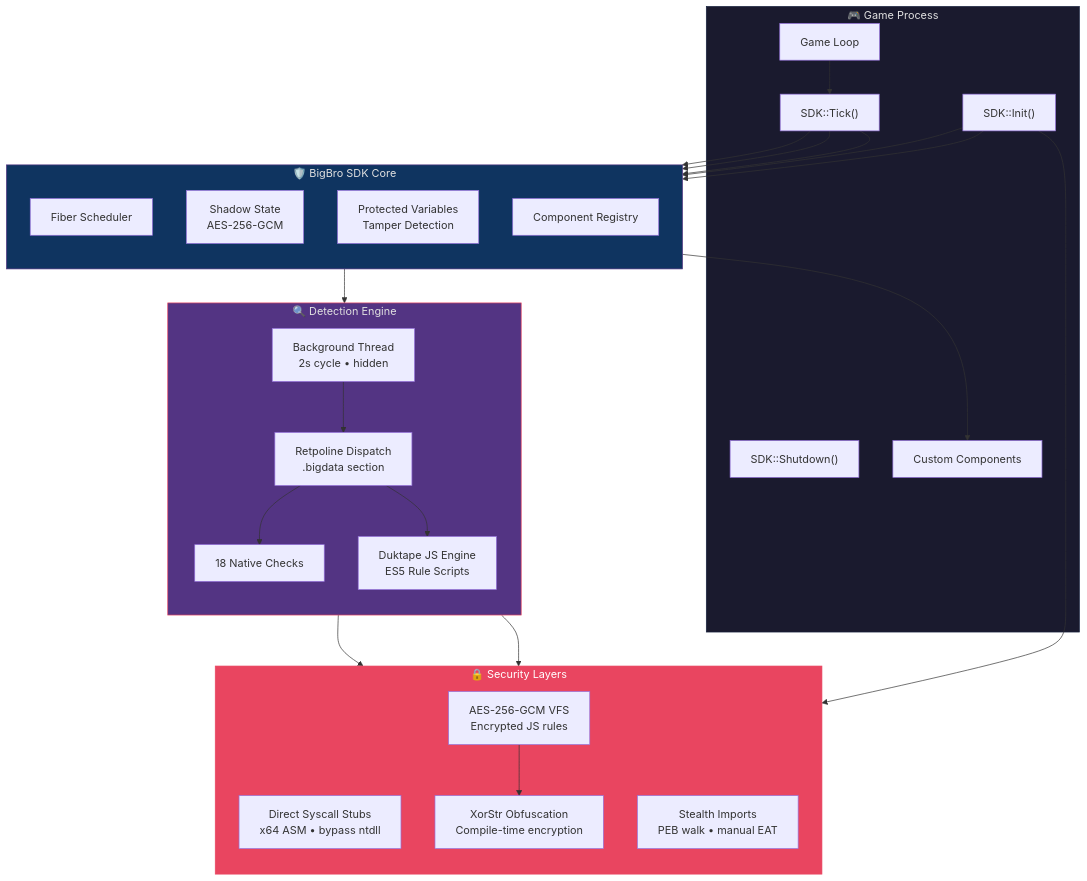
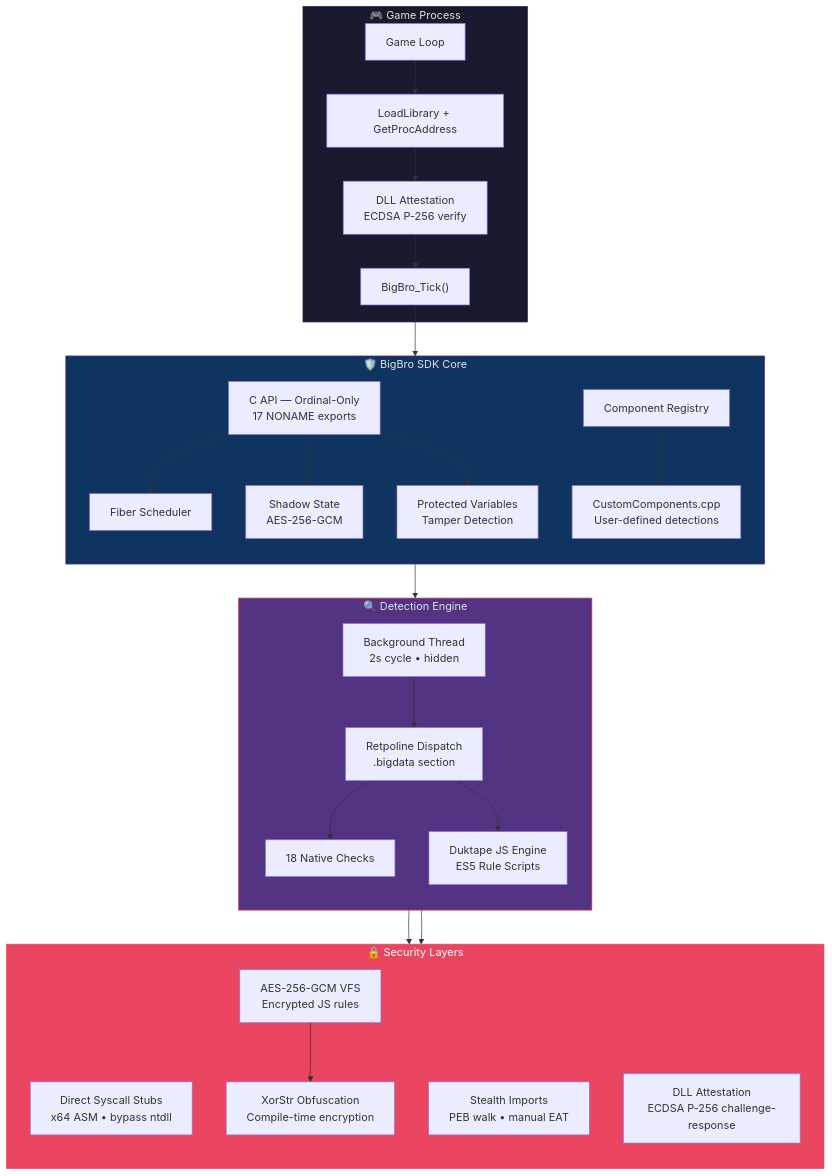
One commit to illegal-instruction-co/adheslime.dll changed the first of 4 diagrams in README.md. Above: the diagram before and after it, drawn with Mermaid. The commit also changed other lines of this file and 16 other files, not shown here.

````diff
--- a/README.md
+++ b/README.md
@@ -12,55 +12,56 @@
 ```mermaid
 graph TB
     subgraph HOST["🎮 Game Process"]
         GAME["Game Loop"]
-        TICK["SDK::Tick()"]
-        INIT["SDK::Init()"]
-        SHUT["SDK::Shutdown()"]
-        COMP["Custom Components"]
+        LOAD["LoadLibrary + GetProcAddress"]
+        ATTEST["DLL Attestation<br/>ECDSA P-256 verify"]
+        TICK["BigBro_Tick()"]
     end
 
     subgraph SDK["🛡️ BigBro SDK Core"]
         direction TB
+        CAPI["C API — Ordinal-Only<br/>17 NONAME exports"]
         FIBER["Fiber Scheduler"]
         SHADOW["Shadow State<br/>AES-256-GCM"]
         PROTECTED["Protected Variables<br/>Tamper Detection"]
         REGISTRY["Component Registry"]
+        CUSTOM["CustomComponents.cpp<br/>User-defined detections"]
     end
 
     subgraph DETECT["🔍 Detection Engine"]
         direction TB
         DISPATCH["Retpoline Dispatch<br/>.bigdata section"]
         NATIVE["18 Native Checks"]
         JS["Duktape JS Engine<br/>ES5 Rule Scripts"]
         BG["Background Thread<br/>2s cycle • hidden"]
     end
 
     subgraph SECURITY["🔒 Security Layers"]
         direction TB
         SYSCALL["Direct Syscall Stubs<br/>x64 ASM • bypass ntdll"]
         VFS["AES-256-GCM VFS<br/>Encrypted JS rules"]
         XORSTR["XorStr Obfuscation<br/>Compile-time encryption"]
         STEALTH["Stealth Imports<br/>PEB walk • manual EAT"]
+        ECDSA["DLL Attestation<br/>ECDSA P-256 challenge-response"]
     end
 
-    GAME --> TICK
-    TICK --> FIBER
+    GAME --> LOAD
+    LOAD --> ATTEST
+    ATTEST --> TICK
+    TICK --> CAPI --> FIBER
     FIBER --> DISPATCH
     DISPATCH --> NATIVE
     DISPATCH --> JS
-    INIT --> SHADOW
-    TICK --> SHADOW
-    TICK --> PROTECTED
-    INIT --> VFS
-    INIT --> REGISTRY
-    REGISTRY --> COMP
+    CAPI --> SHADOW
+    CAPI --> PROTECTED
+    REGISTRY --> CUSTOM
     NATIVE --> SYSCALL
     JS --> SYSCALL
     BG --> DISPATCH
     VFS --> XORSTR
 
     style HOST fill:#1a1a2e,stroke:#16213e,color:#e0e0e0
     style SDK fill:#0f3460,stroke:#533483,color:#e0e0e0
     style DETECT fill:#533483,stroke:#e94560,color:#e0e0e0
     style SECURITY fill:#e94560,stroke:#e94560,color:#fff
 ```
````
